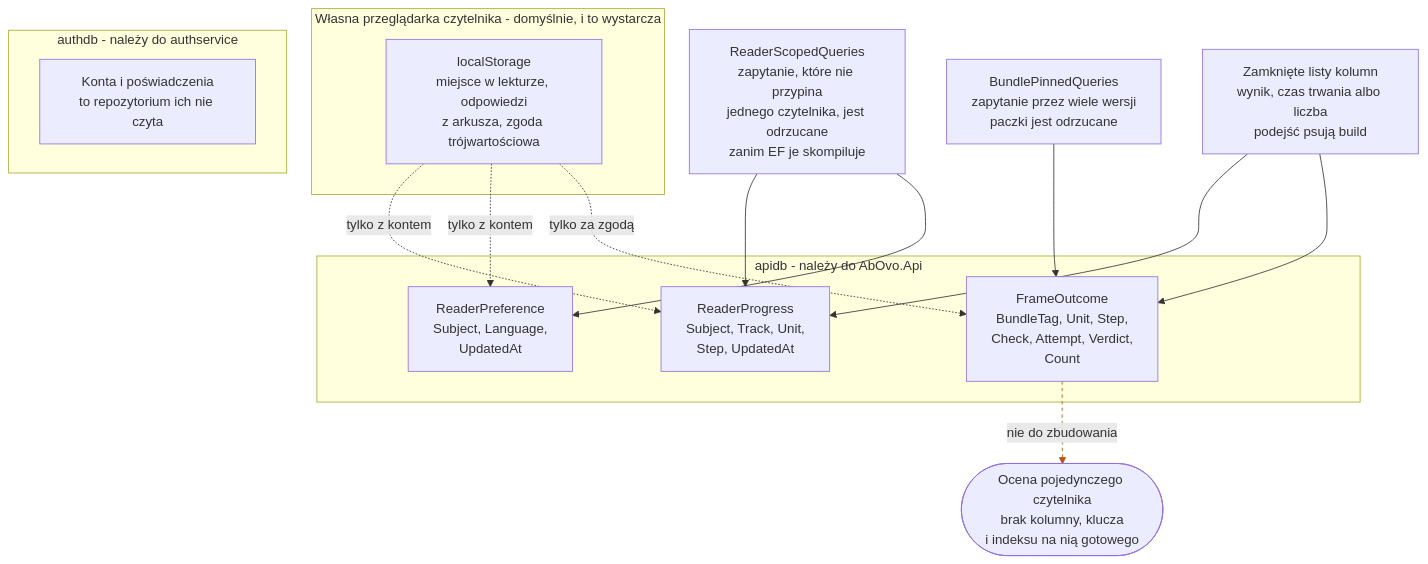
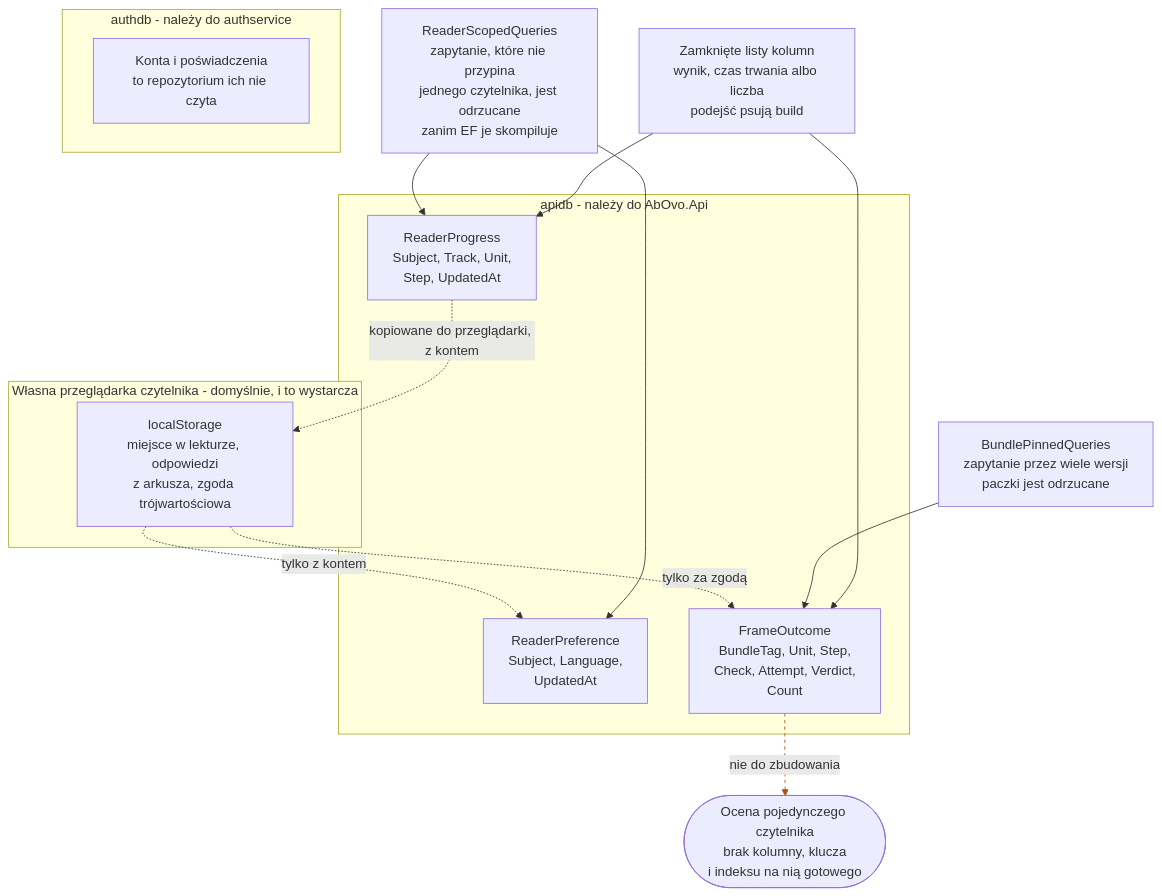
The diagram in docs/diagrams/a5-what-is-stored.pl.mmd (konradcinkusz/ab-ove), drawn with Mermaid before and after one commit. The commit also changed 31 other files, not shown here.

```diff
--- a/docs/diagrams/a5-what-is-stored.pl.mmd
+++ b/docs/diagrams/a5-what-is-stored.pl.mmd
@@ -1,54 +1,56 @@
 %% Co jest przechowywane i na jakie pytanie schemat celowo nie potrafi odpowiedzieć.
 %% JEDEN DIAGRAM NA PLIK. UTF-8. Dlaczego nie ASCII: patrz a1-system-context.pl.mmd.
 
 %% TRZY TABELE, A KAŻDĄ TRZYMAJĄ MECHANICZNE REGUŁY, NIE OBIETNICA. ReaderProgress mówi,
 %% GDZIE jest czytelnik, i nigdy jak mu poszło; ReaderPreference mówi, którą EDYCJĘ wybrał, i
 %% nic poza tym (ADR-0052); FrameOutcome zlicza werdykt przy ramce i nie niesie ani
 %% identyfikatora, ani znacznika czasu (ADR-0009, ADR-0020, ADR-0023).
 
 %% DWIE TABELE ZWIĄZANE Z CZYTELNIKIEM DZIELĄ JEDNĄ STRAŻ. "Ilu czytelników wybrało polski"
 %% to preferencja, a nie pomiar, i wciąż jest faktem uzyskanym przez liczenie czytelników -
 %% więc ReaderScopedQueries odmawia go na tych samych zasadach co "jak daleko zaszedł każdy
 %% czytelnik".
 
 %% NIEOBECNA KOLUMNA JEST PROJEKTEM. Wynik nie niesie czytelnika, więc nic nie potrafi
 %% znaleźć wierszy, które były twoje - dlatego usunięcie konta nie cofnie wkładu już
 %% wliczonego do wskaźnika, i dlatego ekran usuwania mówi to wprost (ADR-0021).
 
 %% NIC, CO CZYTELNIK PISZE NA RAMCE, NIE JEST PRZECHOWYWANE POZA JEGO PRZEGLĄDARKĄ
-%% (ADR-0039). Arkusz, notatnik i płótno są lokalne; taka jest też zgoda (ADR-0022) i takie
-%% jest miejsce w lekturze, dopóki konto go nie zsynchronizuje.
+%% (ADR-0039). Arkusz, notatnik i płótno są lokalne, taka jest też zgoda (ADR-0022). Miejsce
+%% w lekturze nie jest: API trzyma je pod ciasteczkiem czytelnika albo na jego koncie
+%% (ADR-0060, ADR-0061), a przeglądarka zachowuje kopię jako podpowiedź, gdzie wrócić, i nigdy
+%% jej nie wysyła (ADR-0068).
 
 flowchart TD
   subgraph browser["Własna przeglądarka czytelnika - domyślnie, i to wystarcza"]
     LOCAL["localStorage<br/>miejsce w lekturze, odpowiedzi<br/>z arkusza, zgoda trójwartościowa"]
   end
 
   subgraph apidb["apidb - należy do AbOvo.Api"]
     RP["ReaderProgress<br/>Subject, Track, Unit,<br/>Step, UpdatedAt"]
     RPF["ReaderPreference<br/>Subject, Language,<br/>UpdatedAt"]
     FO["FrameOutcome<br/>BundleTag, Unit, Step,<br/>Check, Attempt, Verdict,<br/>Count"]
   end
 
   subgraph authdb["authdb - należy do authservice"]
     ACC["Konta i poświadczenia<br/>to repozytorium ich nie czyta"]
   end
 
   RULE1["ReaderScopedQueries<br/>zapytanie, które nie przypina<br/>jednego czytelnika, jest odrzucane<br/>zanim EF je skompiluje"]
   RULE2["BundlePinnedQueries<br/>zapytanie przez wiele wersji<br/>paczki jest odrzucane"]
   RULE3["Zamknięte listy kolumn<br/>wynik, czas trwania albo liczba<br/>podejść psują build"]
 
-  LOCAL -.->|"tylko z kontem"| RP
+  RP -.->|"kopiowane do przeglądarki, z kontem"| LOCAL
   LOCAL -.->|"tylko z kontem"| RPF
   LOCAL -.->|"tylko za zgodą"| FO
 
   RULE1 --> RP
   RULE1 --> RPF
   RULE3 --> RP
   RULE2 --> FO
   RULE3 --> FO
 
   NOPE(["Ocena pojedynczego czytelnika<br/>brak kolumny, klucza<br/>i indeksu na nią gotowego"])
   FO -.->|"nie do zbudowania"| NOPE
 
   linkStyle 8 stroke:#b45309,stroke-dasharray: 4 4;
```
